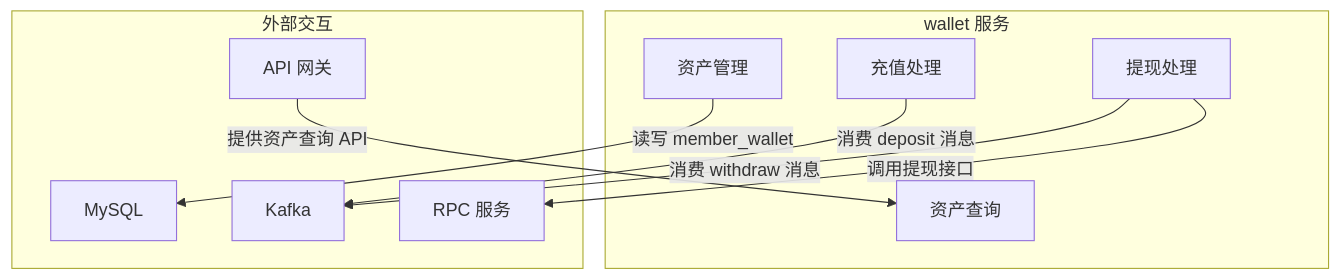
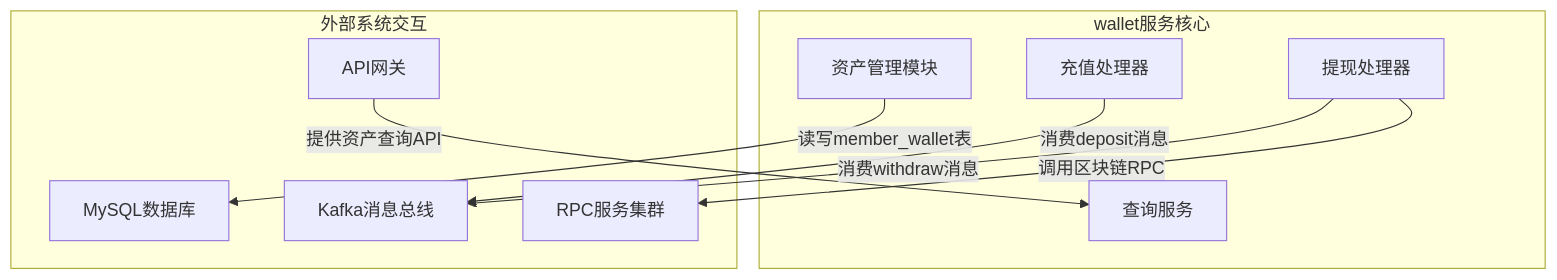
The first of 5 diagrams in doc/11.钱包服务 (wallet) 源码剖析.md (kick-pixel/btc_eth_bizzan_contract_Exchange_ztuo_jiaoyisuo), drawn with Mermaid before and after one commit. The commit also changed other lines of this file and 27 other files, not shown here.

````diff
--- a/doc/11.钱包服务 (wallet) 源码剖析.md
+++ b/doc/11.钱包服务 (wallet) 源码剖析.md
@@ -19,22 +15,22 @@
 ```mermaid
 graph TD
-    subgraph "wallet 服务"
-        WalletManager["资产管理"]
-        DepositHandler["充值处理"]
-        WithdrawHandler["提现处理"]
-        QueryService["资产查询"]
+    subgraph "wallet服务核心"
+        A[资产管理模块]
+        B[充值处理器]
+        C[提现处理器]
+        D[查询服务]
     end
 
-    subgraph "外部交互"
-        Kafka["Kafka"]
-        MySQL["MySQL"]
-        RPC["RPC 服务"]
-        Gateway["API 网关"]
+    subgraph "外部系统交互"
+        E[Kafka消息总线]
+        F[MySQL数据库]
+        G[RPC服务集群]
+        H[API网关]
     end
 
-    WalletManager -- "读写 member_wallet" --> MySQL
-    DepositHandler -- "消费 deposit 消息" --> Kafka
-    WithdrawHandler -- "消费 withdraw 消息" --> Kafka
-    WithdrawHandler -- "调用提现接口" --> RPC
-    Gateway -- "提供资产查询 API" --> QueryService
+    A -- "读写member_wallet表" --> F
+    B -- "消费deposit消息" --> E
+    C -- "消费withdraw消息" --> E
+    C -- "调用区块链RPC" --> G
+    H -- "提供资产查询API" --> D
 ```
````
